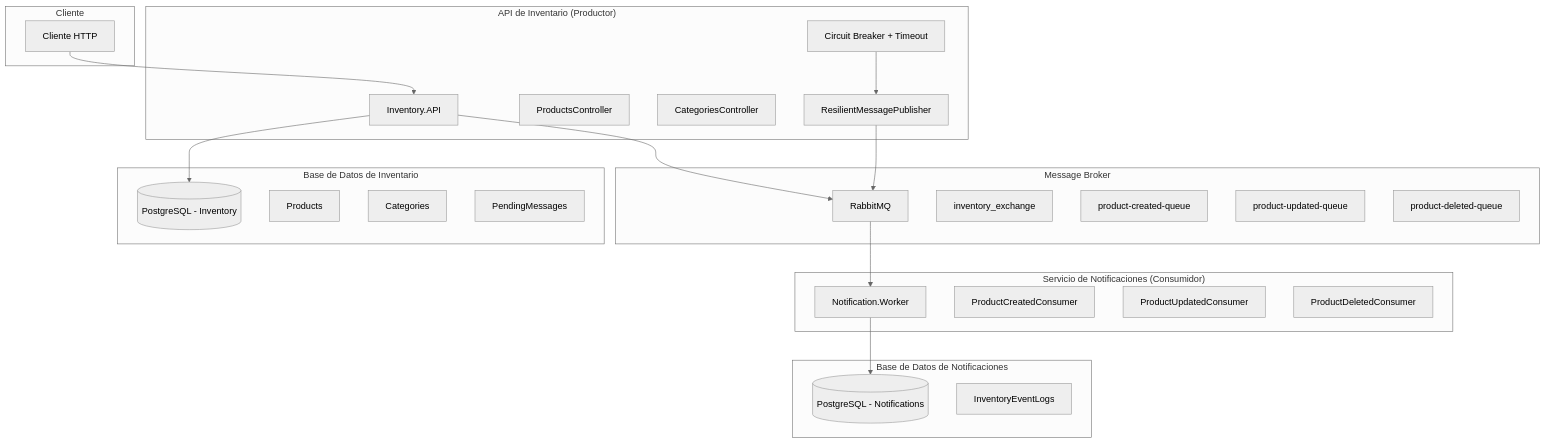
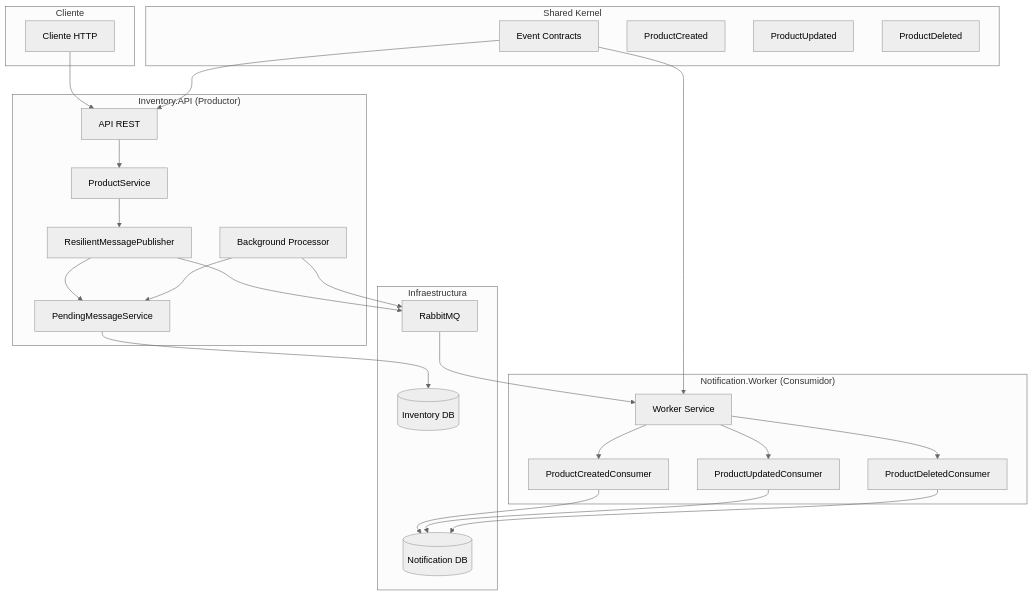
One commit to iambenjamin-developer/Kinetic changed the first of 15 diagrams in README.md. Above: the diagram before and after it, drawn with Mermaid (neutral theme). The commit also changed other lines of this file, not shown here.

````diff
--- a/README.md
+++ b/README.md
@@ -3,50 +5,55 @@
 ```mermaid
 graph TB
     subgraph "Cliente"
-        A[Cliente HTTP]
+        Client[Cliente HTTP]
     end
     
-    subgraph "API de Inventario (Productor)"
-        B[Inventory.API]
-        B1[ProductsController]
-        B2[CategoriesController]
-        B3[ResilientMessagePublisher]
-        B4[Circuit Breaker + Timeout]
+    subgraph "Inventory.API (Productor)"
+        API[API REST]
+        ProductService[ProductService]
+        ResilientPublisher[ResilientMessagePublisher]
+        PendingService[PendingMessageService]
+        BackgroundProcessor[Background Processor]
     end
     
-    subgraph "Base de Datos de Inventario"
-        C[(PostgreSQL - Inventory)]
-        C1[Products]
-        C2[Categories]
-        C3[PendingMessages]
+    subgraph "Shared Kernel"
+        Contracts[Event Contracts]
+        ProductCreated[ProductCreated]
+        ProductUpdated[ProductUpdated]
+        ProductDeleted[ProductDeleted]
     end
     
-    subgraph "Message Broker"
-        D[RabbitMQ]
-        D1[inventory_exchange]
-        D2[product-created-queue]
-        D3[product-updated-queue]
-        D4[product-deleted-queue]
+    subgraph "Notification.Worker (Consumidor)"
+        Worker[Worker Service]
+        ProductCreatedConsumer[ProductCreatedConsumer]
+        ProductUpdatedConsumer[ProductUpdatedConsumer]
+        ProductDeletedConsumer[ProductDeletedConsumer]
     end
     
-    subgraph "Servicio de Notificaciones (Consumidor)"
-        E[Notification.Worker]
-        E1[ProductCreatedConsumer]
-        E2[ProductUpdatedConsumer]
-        E3[ProductDeletedConsumer]
+    subgraph "Infraestructura"
+        RabbitMQ[RabbitMQ]
+        InventoryDB[(Inventory DB)]
+        NotificationDB[(Notification DB)]
     end
     
-    subgraph "Base de Datos de Notificaciones"
-        F[(PostgreSQL - Notifications)]
-        F1[InventoryEventLogs]
-    end
+    Client --> API
+    API --> ProductService
+    ProductService --> ResilientPublisher
+    ResilientPublisher --> RabbitMQ
+    ResilientPublisher --> PendingService
+    PendingService --> InventoryDB
+    BackgroundProcessor --> PendingService
+    BackgroundProcessor --> RabbitMQ
     
-    A --> B
-    B --> C
-    B --> D
-    D --> E
-    E --> F
+    RabbitMQ --> Worker
+    Worker --> ProductCreatedConsumer
+    Worker --> ProductUpdatedConsumer
+    Worker --> ProductDeletedConsumer
     
-    B3 --> D
-    B4 --> B3
+    ProductCreatedConsumer --> NotificationDB
+    ProductUpdatedConsumer --> NotificationDB
+    ProductDeletedConsumer --> NotificationDB
+    
+    Contracts --> API
+    Contracts --> Worker
 ```
````
